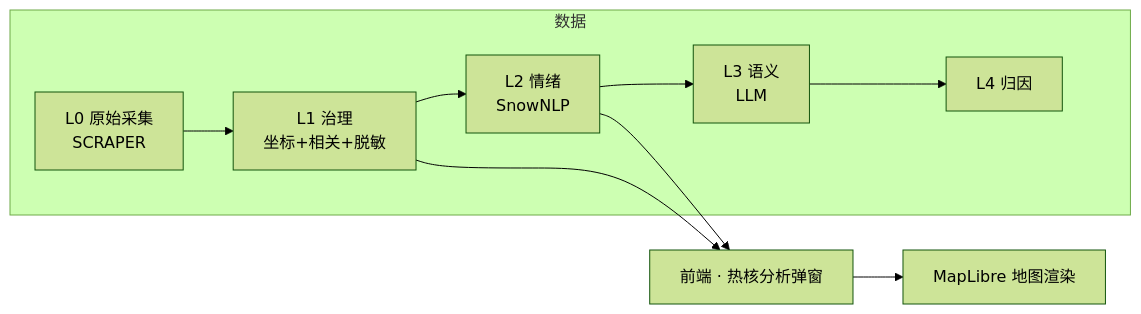
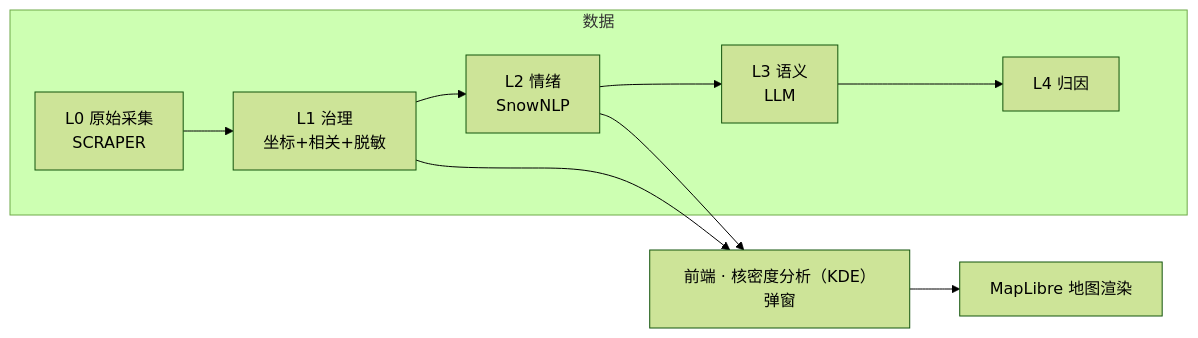
Before and after one commit to tinsei0321/emotion_map: the first of 2 diagrams in docs/revision-log.md, drawn with Mermaid (forest theme). The commit also changed other lines of this file and 2 other files, not shown here.

First line of the commit message:
docs: rename 热核 -> 核密度分析 (KDE) globally; record term convention

````diff
--- a/docs/revision-log.md
+++ b/docs/revision-log.md
@@ -48,11 +49,11 @@
 ```mermaid
 flowchart LR
   subgraph 数据
     L0[L0 原始采集<br/>SCRAPER] --> L1[L1 治理<br/>坐标+相关+脱敏]
     L1 --> L2[L2 情绪<br/>SnowNLP]
     L2 --> L3[L3 语义<br/>LLM]
     L3 --> L4[L4 归因]
   end
-  L1 & L2 --> HM[前端 · 热核分析弹窗]
+  L1 & L2 --> HM[前端 · 核密度分析（KDE）弹窗]
   HM --> MAP[MapLibre 地图渲染]
 ```
````
